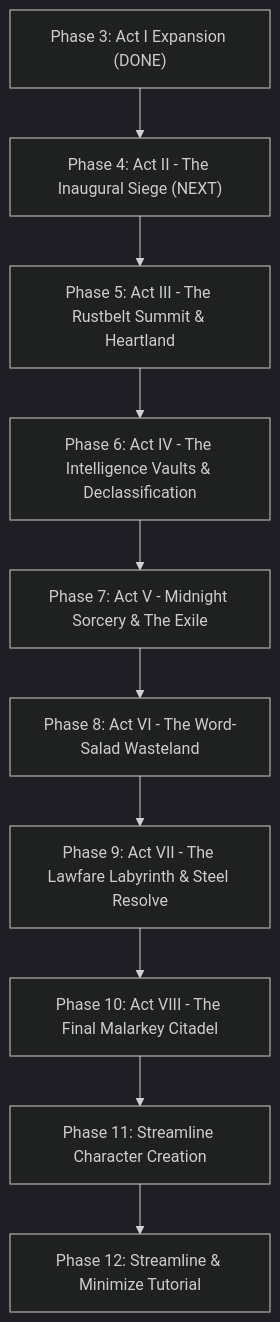
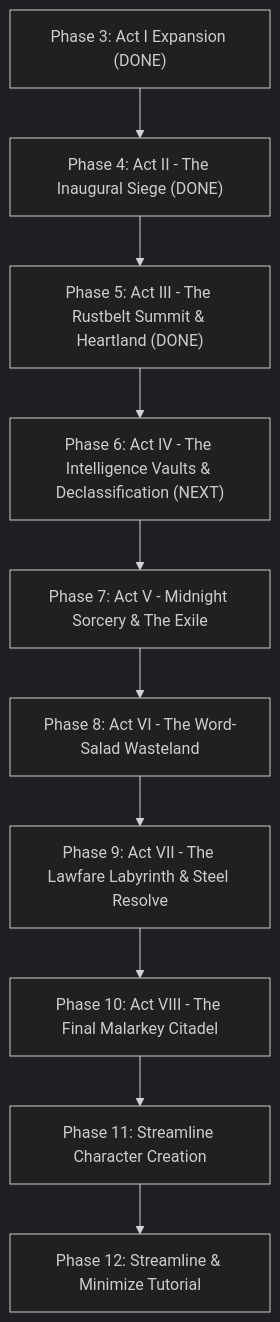
Before and after one commit to Todd0042/commander-america-rpg: the diagram in PROJECT_HANDOFF_PLAN.md, drawn with Mermaid (dark theme). The commit also changed other lines of this file and 4 other files, not shown here.

````diff
--- a/PROJECT_HANDOFF_PLAN.md
+++ b/PROJECT_HANDOFF_PLAN.md
@@ -115,12 +134,12 @@
 ```mermaid
 flowchart TD
-    P3["Phase 3: Act I Expansion (DONE)"] --> P4["Phase 4: Act II - The Inaugural Siege (NEXT)"]
-    P4 --> P5["Phase 5: Act III - The Rustbelt Summit & Heartland"]
-    P5 --> P6["Phase 6: Act IV - The Intelligence Vaults & Declassification"]
+    P3["Phase 3: Act I Expansion (DONE)"] --> P4["Phase 4: Act II - The Inaugural Siege (DONE)"]
+    P4 --> P5["Phase 5: Act III - The Rustbelt Summit & Heartland (DONE)"]
+    P5 --> P6["Phase 6: Act IV - The Intelligence Vaults & Declassification (NEXT)"]
     P6 --> P7["Phase 7: Act V - Midnight Sorcery & The Exile"]
     P7 --> P8["Phase 8: Act VI - The Word-Salad Wasteland"]
     P8 --> P9["Phase 9: Act VII - The Lawfare Labyrinth & Steel Resolve"]
     P9 --> P10["Phase 10: Act VIII - The Final Malarkey Citadel"]
     P10 --> P11["Phase 11: Streamline Character Creation"]
     P11 --> P12["Phase 12: Streamline & Minimize Tutorial"]
 ```
````
